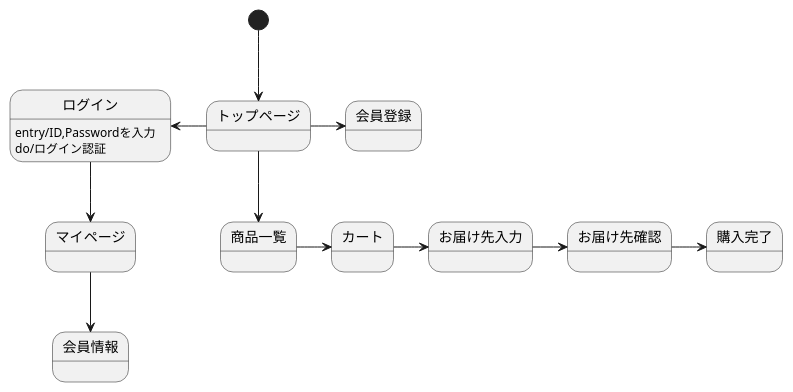
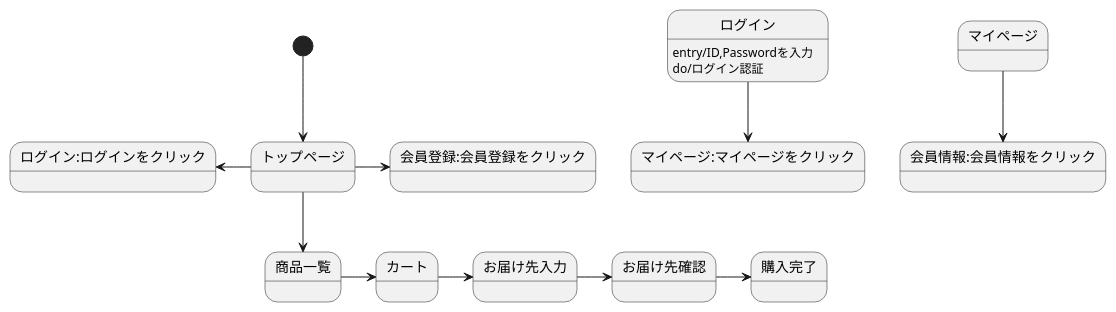
Before and after one commit to Aso2001163/2021sys-design-2: the diagram in stm01.md, drawn with PlantUML.

````diff
--- a/stm01.md
+++ b/stm01.md
@@ -1,16 +1,16 @@
 ```uml
 @startuml
 [*] --> トップページ
-トップページ -> 会員登録  
-トップページ -left-> ログイン
-ログイン -down-> マイページ
+トップページ -> 会員登録:会員登録をクリック
+トップページ -left-> ログイン:ログインをクリック
+ログイン -down-> マイページ:マイページをクリック
 ログイン:entry/ID,Passwordを入力
 ログイン:do/ログイン認証
-マイページ -down-> 会員情報
+マイページ -down-> 会員情報:会員情報をクリック
 トップページ --> 商品一覧
 商品一覧 -> カート
 カート -> お届け先入力
 お届け先入力 -> お届け先確認
 お届け先確認 -> 購入完了
 @enduml
 ```
````
